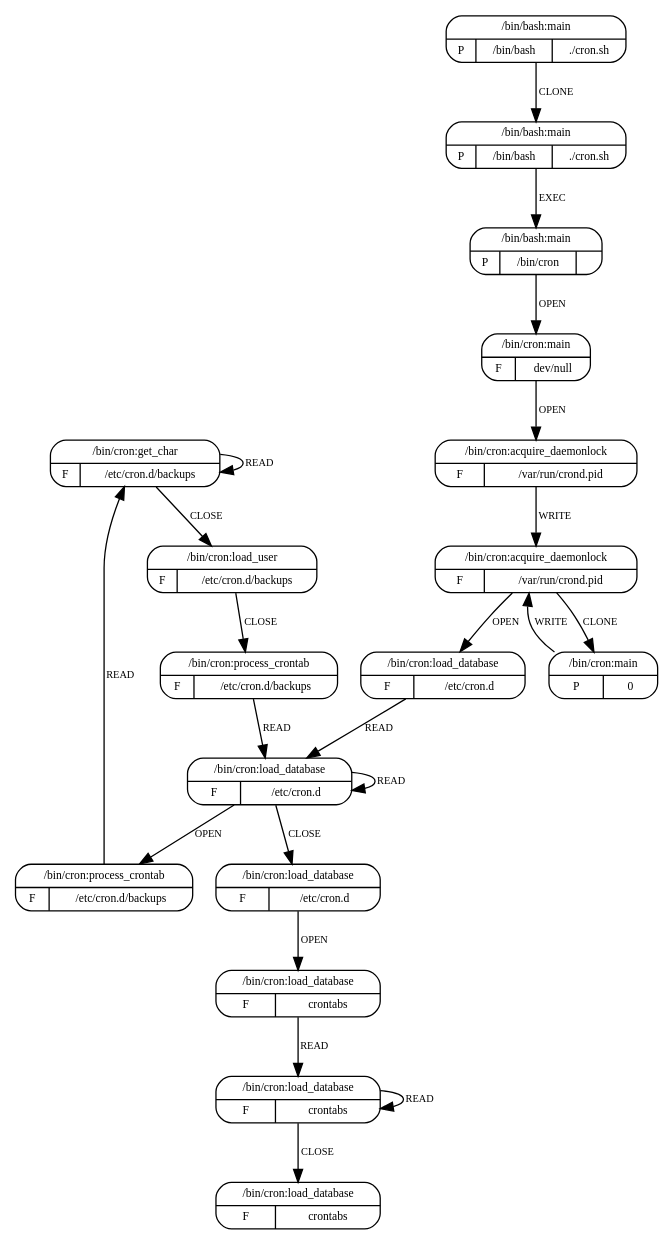
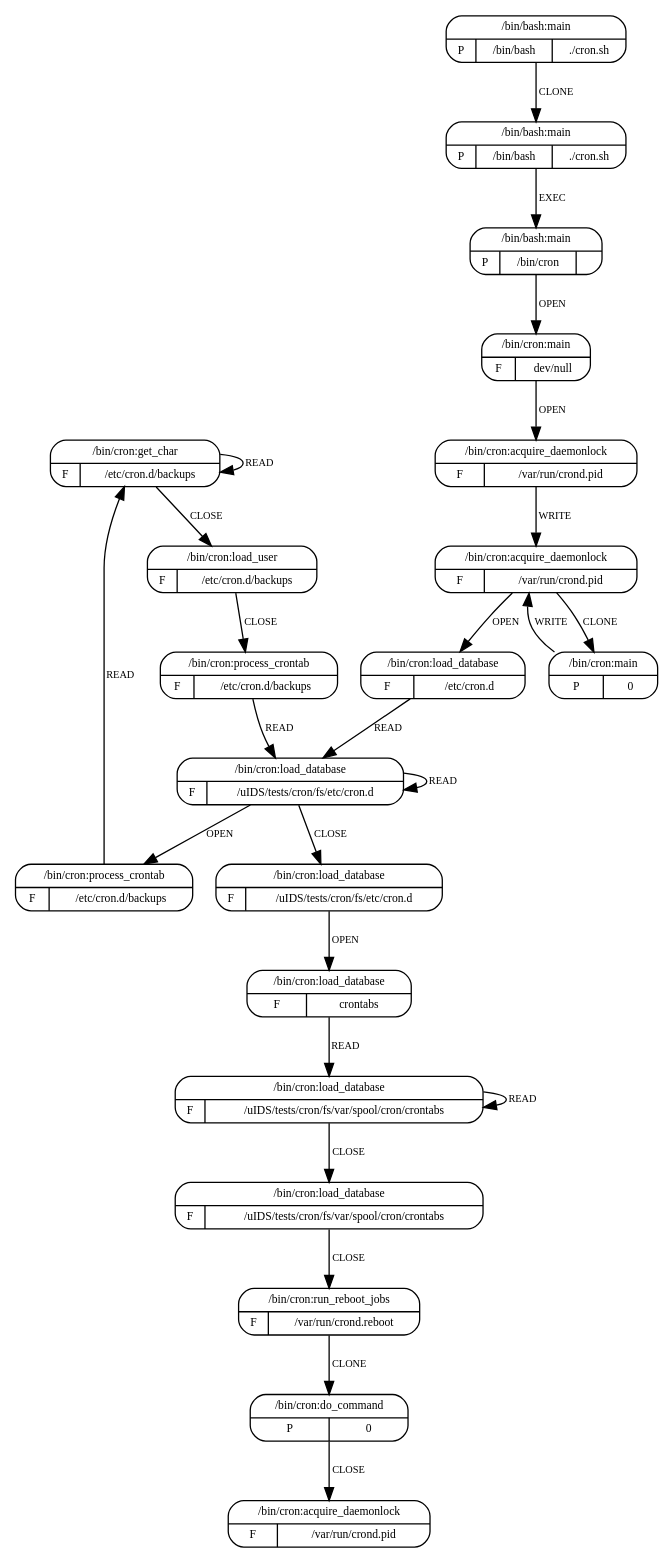
Before and after one commit to sysflow-telemetry/upolicycraft: the diagram in plugins/mrm/resources/models/cron.dot, drawn with Graphviz. The commit also changed 5 other files, not shown here.

```diff
--- a/plugins/mrm/resources/models/cron.dot
+++ b/plugins/mrm/resources/models/cron.dot
@@ -1,61 +1,75 @@
 digraph G {
   8 [shape=Mrecord, label="{{/bin/cron:get_char}|{F|{/etc/cron.d/backups}}}",
      fontsize=9, ];
   5 [shape=Mrecord,
      label="{{/bin/cron:acquire_daemonlock}|{F|{/var/run/crond.pid}}}",
      fontsize=9, ];
   4 [shape=Mrecord,
      label="{{/bin/cron:acquire_daemonlock}|{F|{/var/run/crond.pid}}}",
      fontsize=9, ];
+  18 [shape=Mrecord,
+      label="{{/bin/cron:acquire_daemonlock}|{F|{/var/run/crond.pid}}}",
+      fontsize=9, ];
+  17 [shape=Mrecord, label="{{/bin/cron:do_command}|{P|0}}", fontsize=9, ];
   9 [shape=Mrecord, label="{{/bin/cron:load_user}|{F|{/etc/cron.d/backups}}}",
      fontsize=9, ];
   10 [shape=Mrecord,
       label="{{/bin/cron:process_crontab}|{F|{/etc/cron.d/backups}}}",
       fontsize=9, ];
-  16 [shape=Mrecord,
+  19 [shape=Mrecord,
       label="{{/bin/cron:process_crontab}|{F|{/etc/cron.d/backups}}}",
       fontsize=9, ];
   7 [shape=Mrecord, label="{{/bin/cron:load_database}|{F|{/etc/cron.d}}}",
      fontsize=9, ];
   13 [shape=Mrecord, label="{{/bin/cron:load_database}|{F|{crontabs}}}",
       fontsize=9, ];
-  15 [shape=Mrecord, label="{{/bin/cron:load_database}|{F|{crontabs}}}",
+  15 [shape=Mrecord,
+      label="{{/bin/cron:load_database}|{F|{/uIDS/tests/cron/fs/var/spool/cron/crontabs}}}",
       fontsize=9, ];
-  14 [shape=Mrecord, label="{{/bin/cron:load_database}|{F|{crontabs}}}",
+  14 [shape=Mrecord,
+      label="{{/bin/cron:load_database}|{F|{/uIDS/tests/cron/fs/var/spool/cron/crontabs}}}",
       fontsize=9, ];
-  12 [shape=Mrecord, label="{{/bin/cron:load_database}|{F|{/etc/cron.d}}}",
+  12 [shape=Mrecord,
+      label="{{/bin/cron:load_database}|{F|{/uIDS/tests/cron/fs/etc/cron.d}}}",
       fontsize=9, ];
-  11 [shape=Mrecord, label="{{/bin/cron:load_database}|{F|{/etc/cron.d}}}",
+  11 [shape=Mrecord,
+      label="{{/bin/cron:load_database}|{F|{/uIDS/tests/cron/fs/etc/cron.d}}}",
+      fontsize=9, ];
+  16 [shape=Mrecord,
+      label="{{/bin/cron:run_reboot_jobs}|{F|{/var/run/crond.reboot}}}",
       fontsize=9, ];
   6 [shape=Mrecord, label="{{/bin/cron:main}|{P|0}}", fontsize=9, ];
   3 [shape=Mrecord, label="{{/bin/cron:main}|{F|{dev/null}}}", fontsize=9, ];
   0 [shape=Mrecord, label="{{/bin/bash:main}|{P|/bin/bash|./cron.sh}}",
      fontsize=9, ];
   1 [shape=Mrecord, label="{{/bin/bash:main}|{P|/bin/bash|./cron.sh}}",
      fontsize=9, ];
   2 [shape=Mrecord, label="{{/bin/bash:main}|{P|/bin/cron|}}", fontsize=9, ];
   
   
   8 -> 8 [label="READ", fontsize=8, ];
   8 -> 9 [label="CLOSE", fontsize=8, ];
   5 -> 7 [label="OPEN", fontsize=8, ];
   5 -> 6 [label="CLONE", fontsize=8, ];
   4 -> 5 [label="WRITE", fontsize=8, ];
+  17 -> 18 [label="CLOSE", fontsize=8, ];
   9 -> 10 [label="CLOSE", fontsize=8, ];
   10 -> 11 [label="READ", fontsize=8, ];
-  16 -> 8 [label="READ", fontsize=8, ];
+  19 -> 8 [label="READ", fontsize=8, ];
   7 -> 11 [label="READ", fontsize=8, ];
   13 -> 14 [label="READ", fontsize=8, ];
+  15 -> 16 [label="CLOSE", fontsize=8, ];
   14 -> 15 [label="CLOSE", fontsize=8, ];
   14 -> 14 [label="READ", fontsize=8, ];
   12 -> 13 [label="OPEN", fontsize=8, ];
-  11 -> 16 [label="OPEN", fontsize=8, ];
+  11 -> 19 [label="OPEN", fontsize=8, ];
   11 -> 12 [label="CLOSE", fontsize=8, ];
   11 -> 11 [label="READ", fontsize=8, ];
+  16 -> 17 [label="CLONE", fontsize=8, ];
   6 -> 5 [label="WRITE", fontsize=8, ];
   3 -> 4 [label="OPEN", fontsize=8, ];
   0 -> 1 [label="CLONE", fontsize=8, ];
   1 -> 2 [label="EXEC", fontsize=8, ];
   2 -> 3 [label="OPEN", fontsize=8, ];
   
   }
```
